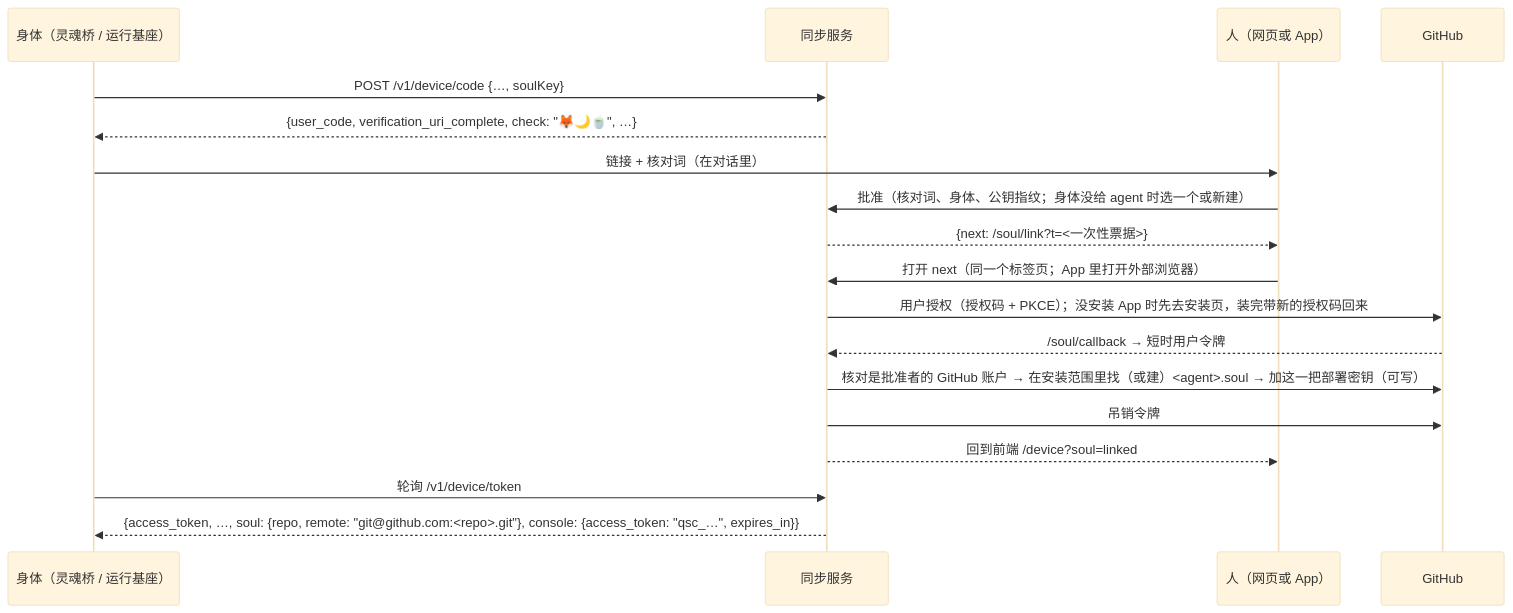
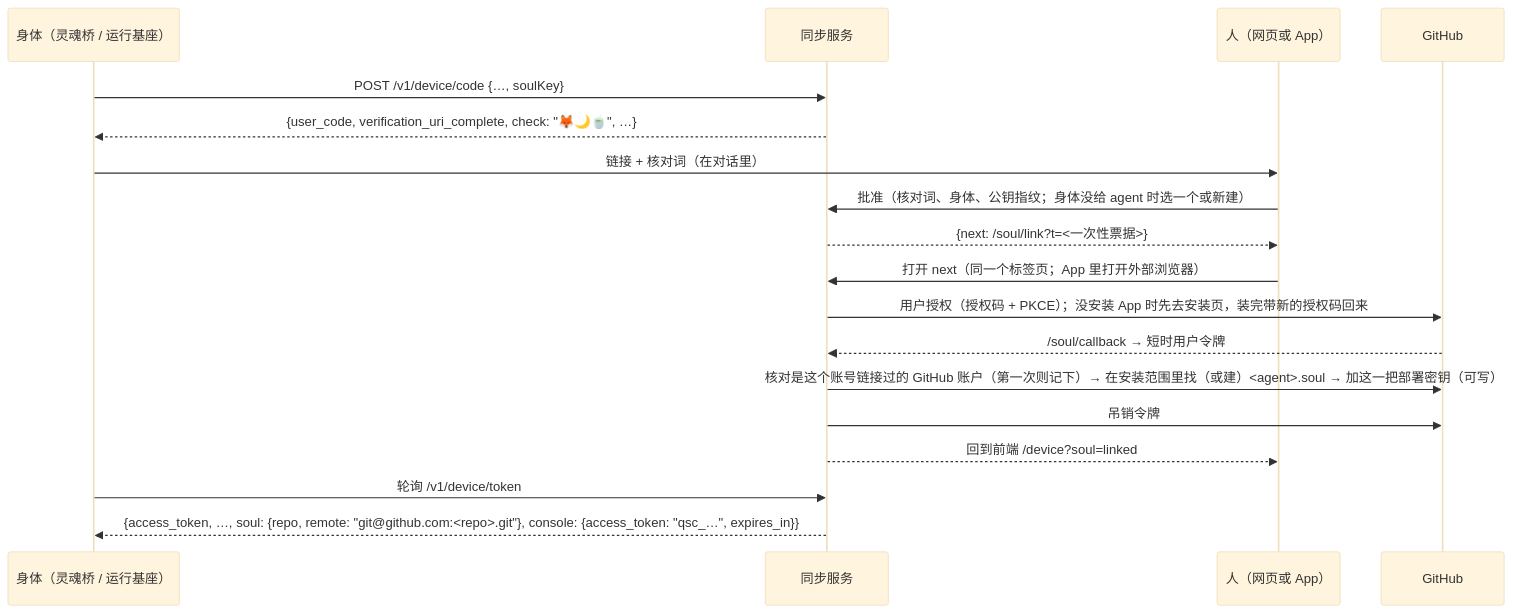
Before and after one commit to Causally-XYZ/Project.Quetzal: the second of 3 diagrams in sync/docs/PROTOCOL.md, drawn with Mermaid (base theme). The commit also changed other lines of this file and 24 other files, not shown here.

````diff
--- a/sync/docs/PROTOCOL.md
+++ b/sync/docs/PROTOCOL.md
@@ -54,20 +54,20 @@
 ```mermaid
 sequenceDiagram
   participant B as 身体（灵魂桥 / 运行基座）
   participant S as 同步服务
   participant U as 人（网页或 App）
   participant G as GitHub
   B->>S: POST /v1/device/code {…, soulKey}
   S-->>B: {user_code, verification_uri_complete, check: "🦊🌙🍵", …}
   B->>U: 链接 + 核对词（在对话里）
   U->>S: 批准（核对词、身体、公钥指纹；身体没给 agent 时选一个或新建）
   S-->>U: {next: /soul/link?t=<一次性票据>}
   U->>S: 打开 next（同一个标签页；App 里打开外部浏览器）
   S->>G: 用户授权（授权码 + PKCE）；没安装 App 时先去安装页，装完带新的授权码回来
   G-->>S: /soul/callback → 短时用户令牌
-  S->>G: 核对是批准者的 GitHub 账户 → 在安装范围里找（或建）<agent>.soul → 加这一把部署密钥（可写）
+  S->>G: 核对是这个账号链接过的 GitHub 账户（第一次则记下）→ 在安装范围里找（或建）<agent>.soul → 加这一把部署密钥（可写）
   S->>G: 吊销令牌
   S-->>U: 回到前端 /device?soul=linked
   B->>S: 轮询 /v1/device/token
   S-->>B: {access_token, …, soul: {repo, remote: "git@github.com:<repo>.git"}, console: {access_token: "qsc_…", expires_in}}
 ```
````
